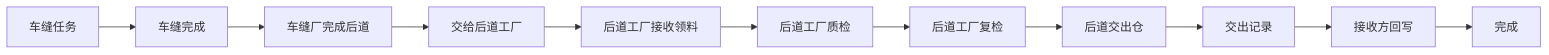
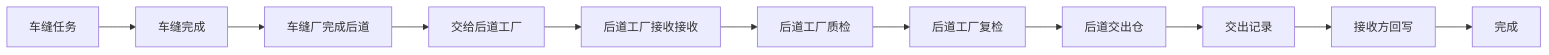
The fourth of 8 diagrams in docs/fcs-post-finishing-and-craft-tabs.md (laoertongxue/higoods), drawn with Mermaid before and after one commit. The commit also changed other lines of this file and 312 other files, not shown here.

````diff
--- a/docs/fcs-post-finishing-and-craft-tabs.md
+++ b/docs/fcs-post-finishing-and-craft-tabs.md
@@ -47,13 +47,13 @@
 ```mermaid
 flowchart LR
   A[车缝任务] --> B[车缝完成]
   B --> C[车缝厂完成后道]
   C --> D[交给后道工厂]
-  D --> E[后道工厂接收领料]
+  D --> E[后道工厂接收接收]
   E --> F[后道工厂质检]
   F --> G[后道工厂复检]
   G --> H[后道交出仓]
   H --> I[交出记录]
   I --> J[接收方回写]
   J --> K[完成]
 ```
````
